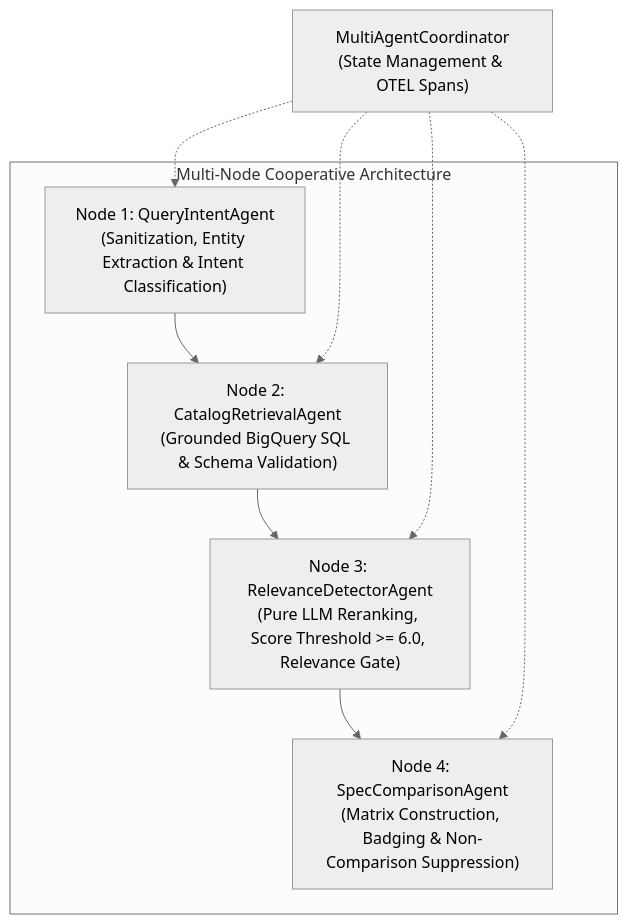
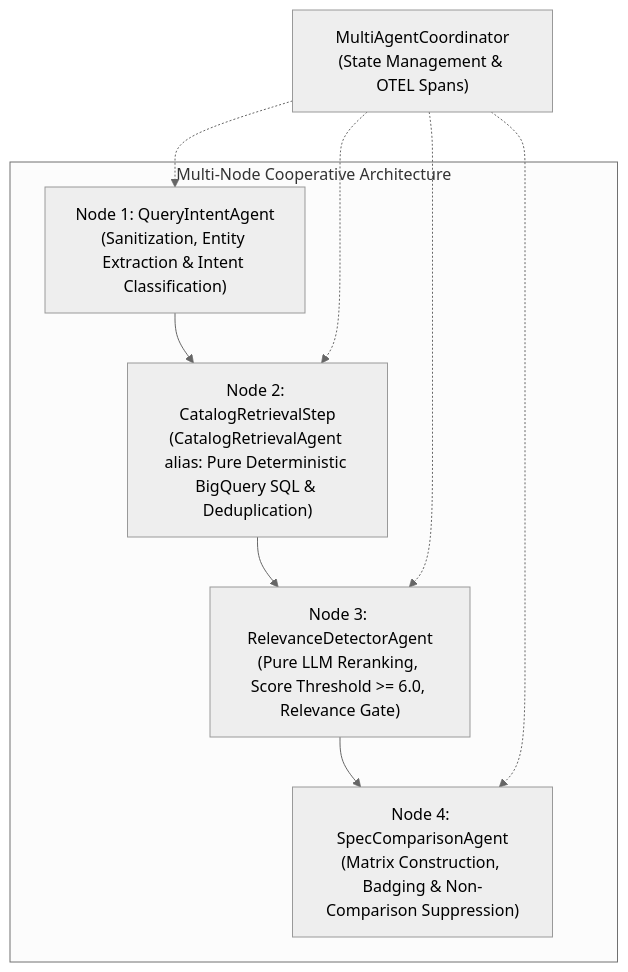
Before and after one commit to willie3838/williamc-ecomm-capstone: the fourth of 13 diagrams in ARCHITECTURE.md, drawn with Mermaid (neutral theme). The commit also changed other lines of this file and 15 other files, not shown here.

First line of the commit message:
feat(agent): convert Node 2 CatalogRetrievalAgent to deterministic CatalogRetrievalStep and benchmark 9 GA models

````diff
--- a/ARCHITECTURE.md
+++ b/ARCHITECTURE.md
@@ -215,12 +215,12 @@
 ```mermaid
 flowchart TD
     subgraph MultiAgent["Multi-Node Cooperative Architecture"]
-        Q["Node 1: QueryIntentAgent\n(Sanitization, Entity Extraction & Intent Classification)"] --> R["Node 2: CatalogRetrievalAgent\n(Grounded BigQuery SQL & Schema Validation)"]
+        Q["Node 1: QueryIntentAgent\n(Sanitization, Entity Extraction & Intent Classification)"] --> R["Node 2: CatalogRetrievalStep\n(CatalogRetrievalAgent alias: Pure Deterministic BigQuery SQL & Deduplication)"]
         R --> RD["Node 3: RelevanceDetectorAgent\n(Pure LLM Reranking, Score Threshold >= 6.0, Relevance Gate)"]
         RD --> S["Node 4: SpecComparisonAgent\n(Matrix Construction, Badging & Non-Comparison Suppression)"]
     end
     Coord["MultiAgentCoordinator\n(State Management & OTEL Spans)"] -.-> Q
     Coord -.-> R
     Coord -.-> RD
     Coord -.-> S
 ```
````
